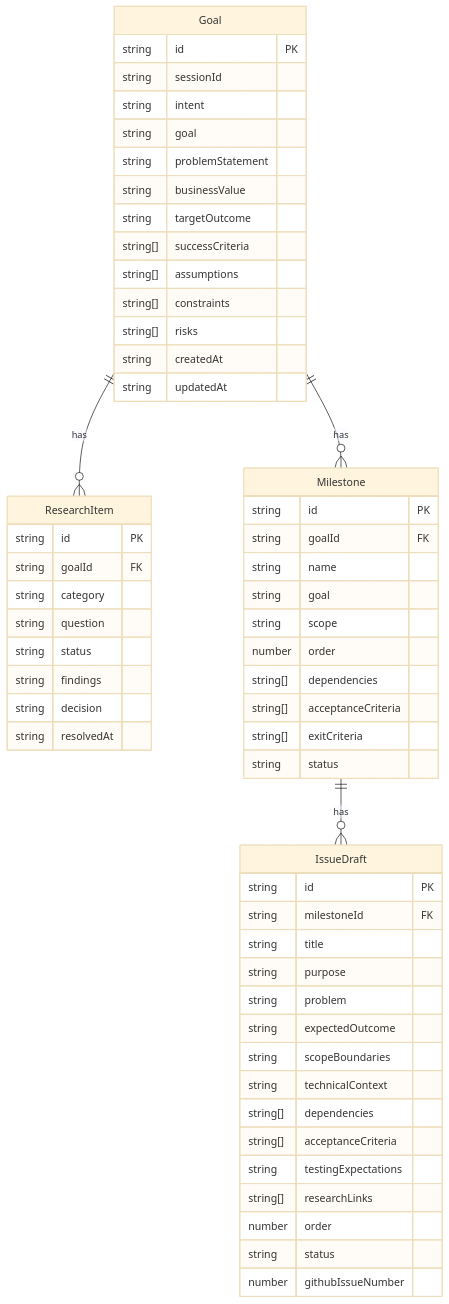
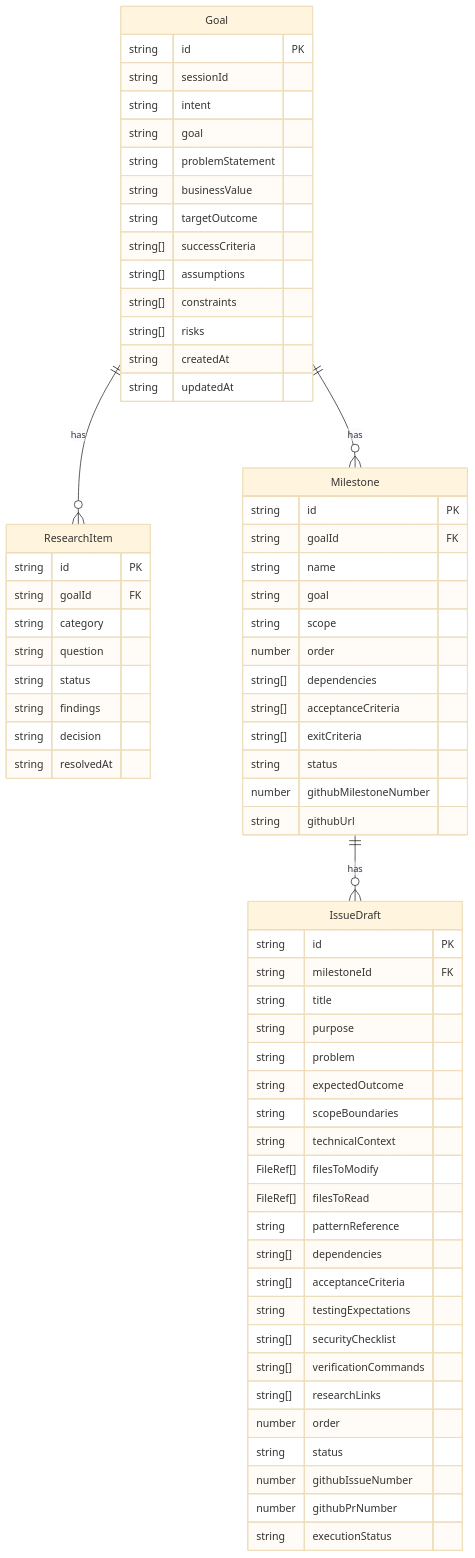
The diagram in docs/next-version-plan/data-model.md (KennethHeine/test-chat), drawn with Mermaid (base theme) before and after one commit. The commit also changed other lines of this file and 30 other files, not shown here.

````diff
--- a/docs/next-version-plan/data-model.md
+++ b/docs/next-version-plan/data-model.md
@@ -38,64 +40,73 @@
 ```mermaid
 erDiagram
     Goal {
         string id PK
         string sessionId
         string intent
         string goal
         string problemStatement
         string businessValue
         string targetOutcome
         string[] successCriteria
         string[] assumptions
         string[] constraints
         string[] risks
         string createdAt
         string updatedAt
     }
 
     ResearchItem {
         string id PK
         string goalId FK
         string category
         string question
         string status
         string findings
         string decision
         string resolvedAt
     }
 
     Milestone {
         string id PK
         string goalId FK
         string name
         string goal
         string scope
         number order
         string[] dependencies
         string[] acceptanceCriteria
         string[] exitCriteria
         string status
+        number githubMilestoneNumber
+        string githubUrl
     }
 
     IssueDraft {
         string id PK
         string milestoneId FK
         string title
         string purpose
         string problem
         string expectedOutcome
         string scopeBoundaries
         string technicalContext
+        FileRef[] filesToModify
+        FileRef[] filesToRead
+        string patternReference
         string[] dependencies
         string[] acceptanceCriteria
         string testingExpectations
+        string[] securityChecklist
+        string[] verificationCommands
         string[] researchLinks
         number order
         string status
         number githubIssueNumber
+        number githubPrNumber
+        string executionStatus
     }
 
     Goal ||--o{ ResearchItem : "has"
     Goal ||--o{ Milestone : "has"
     Milestone ||--o{ IssueDraft : "has"
 ```
````
